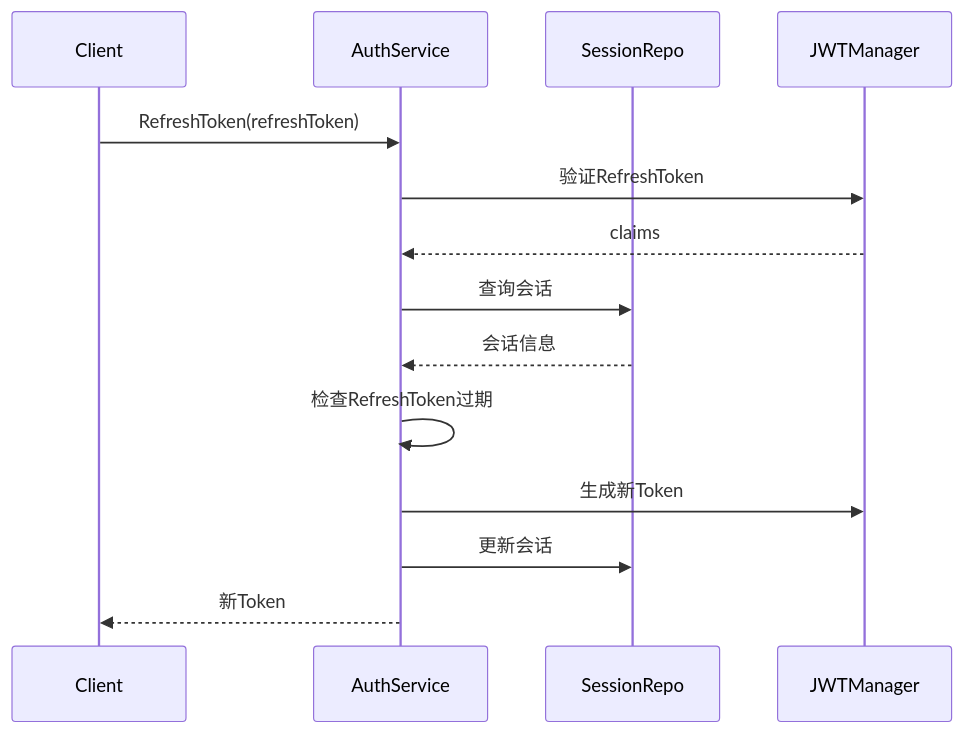
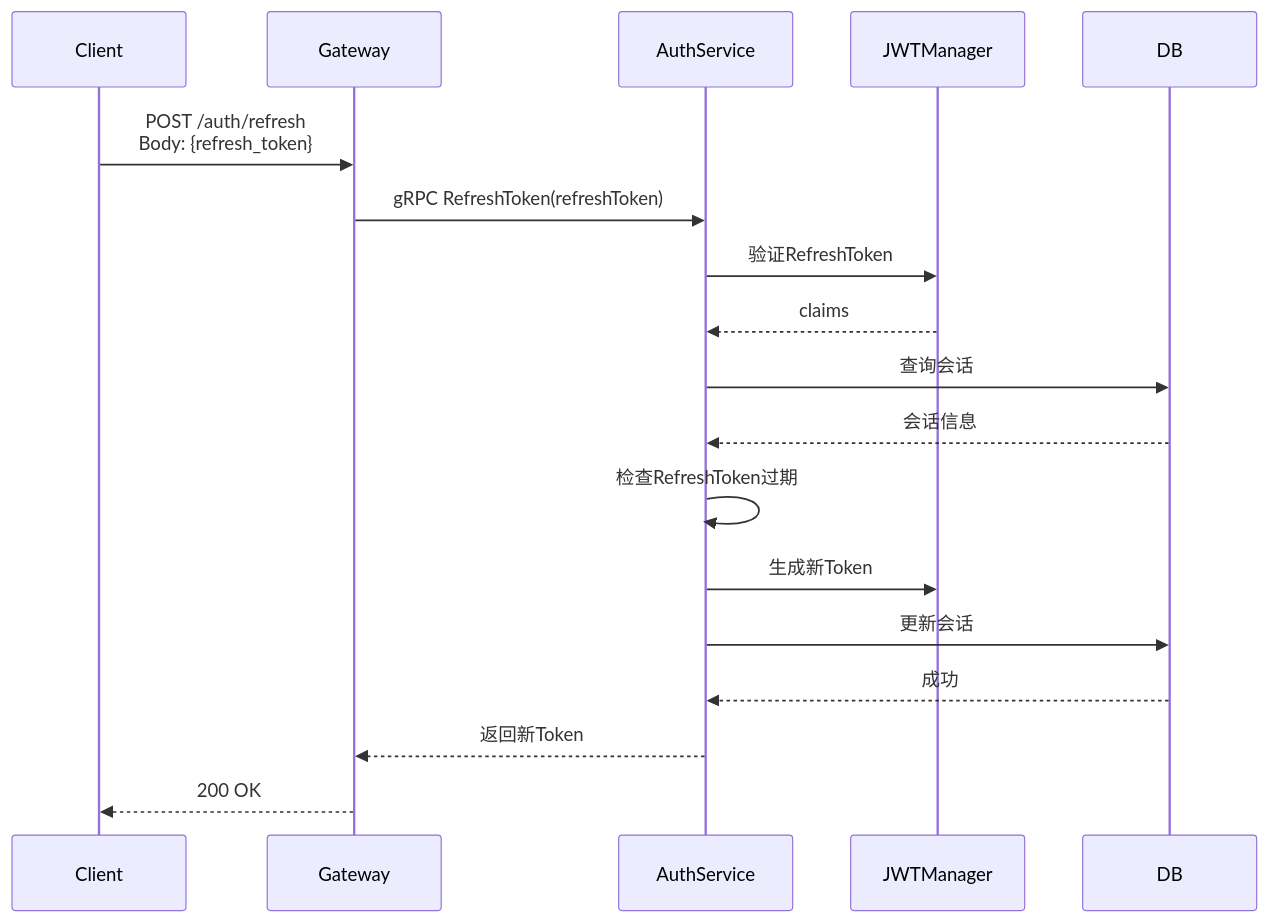
The second of 3 diagrams in docs/design/auth/session.md (yzhgit/anychat-server), drawn with Mermaid before and after one commit. The commit also changed other lines of this file and 30 other files, not shown here.

First line of the commit message:
docs: 更新设计文档时序图，添加Gateway和NATS参与者

````diff
--- a/docs/design/auth/session.md
+++ b/docs/design/auth/session.md
@@ -50,17 +57,21 @@
 ```mermaid
 sequenceDiagram
     participant Client
+    participant Gateway
     participant AuthService
-    participant SessionRepo
     participant JWTManager
+    participant DB
 
-    Client->>AuthService: RefreshToken(refreshToken)
+    Client->>Gateway: POST /auth/refresh<br/>Body: {refresh_token}
+    Gateway->>AuthService: gRPC RefreshToken(refreshToken)
     AuthService->>JWTManager: 验证RefreshToken
     JWTManager-->>AuthService: claims
-    AuthService->>SessionRepo: 查询会话
-    SessionRepo-->>AuthService: 会话信息
+    AuthService->>DB: 查询会话
+    DB-->>AuthService: 会话信息
     AuthService->>AuthService: 检查RefreshToken过期
     AuthService->>JWTManager: 生成新Token
-    AuthService->>SessionRepo: 更新会话
-    AuthService-->>Client: 新Token
+    AuthService->>DB: 更新会话
+    DB-->>AuthService: 成功
+    AuthService-->>Gateway: 返回新Token
+    Gateway-->>Client: 200 OK
 ```
````
